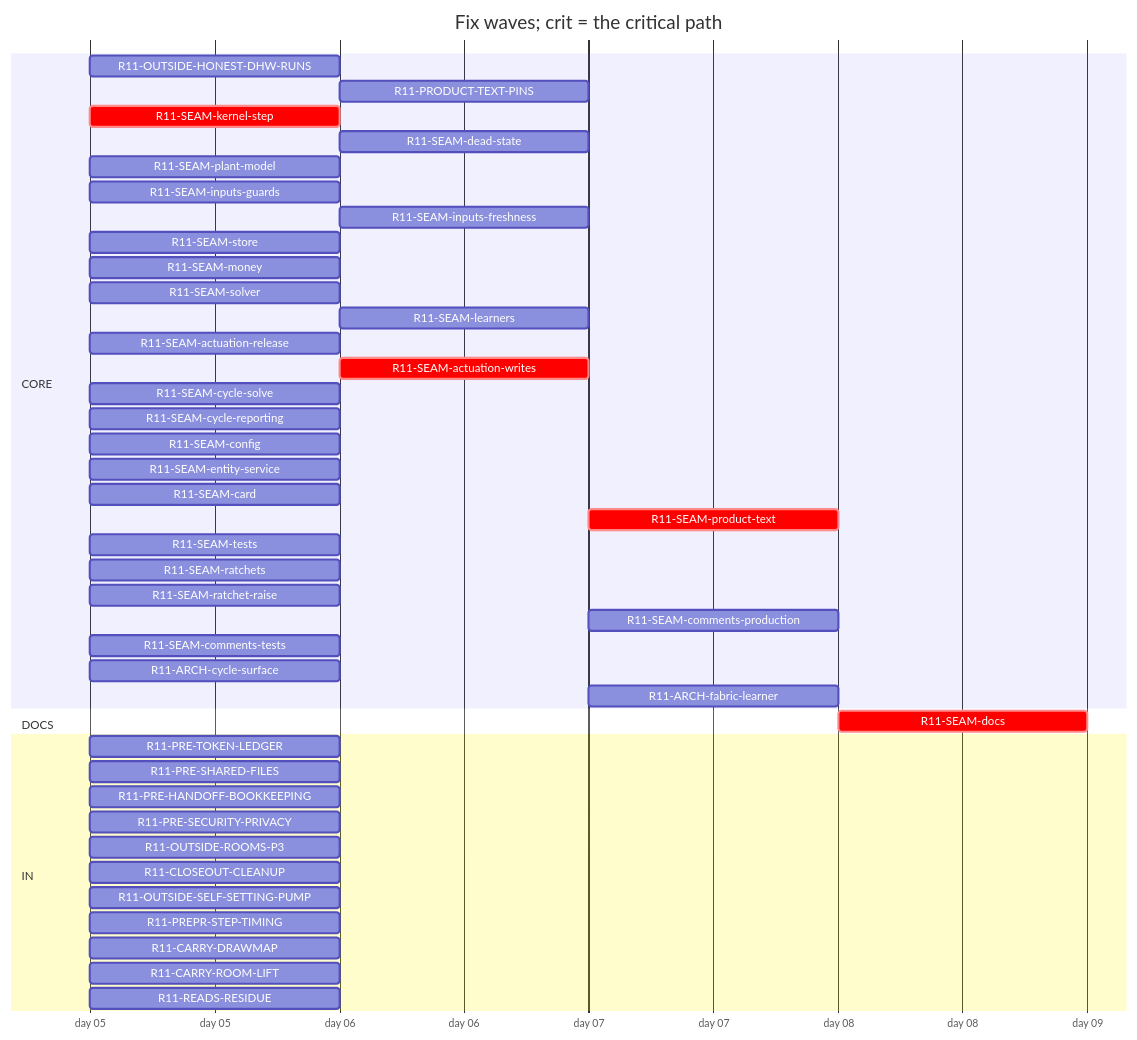
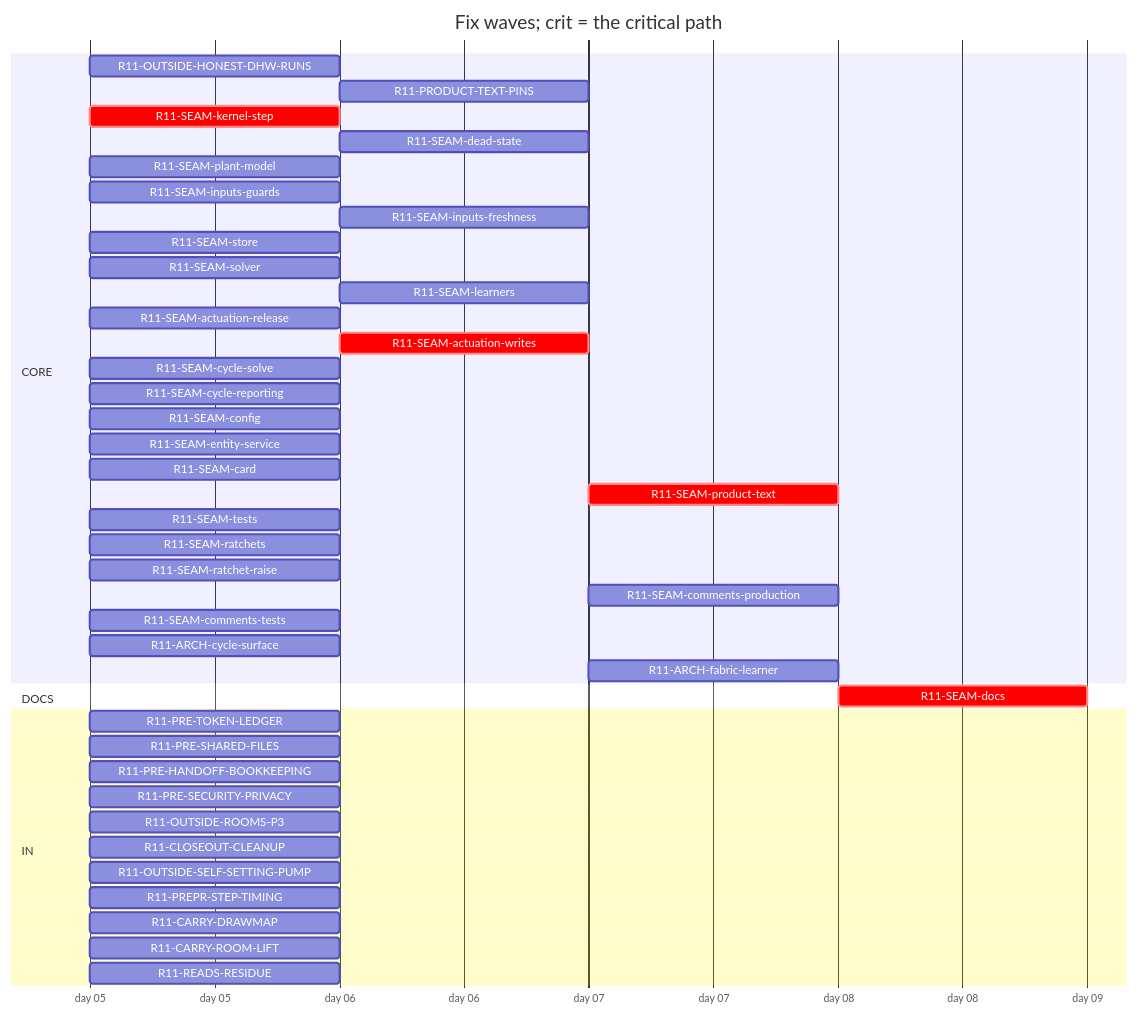
One commit to tvofi/heatpump_optimizer changed the diagram in handoff/round11/state/PLAN-TABLE.md. Above: the diagram before and after it, drawn with Mermaid. The commit also changed other lines of this file and 4 other files, not shown here.

Commit message:
state: FLOW-BOARD.md, NEXT-SESSION-PROMPT.md, PLAN-TABLE.md, PLAN.html, RESUME-CURRENT.md regenerated (state_docs.py)

````diff
--- a/handoff/round11/state/PLAN-TABLE.md
+++ b/handoff/round11/state/PLAN-TABLE.md
@@ -16,47 +16,46 @@
 ```mermaid
 gantt
   title Fix waves; crit = the critical path
   dateFormat YYYY-MM-DD
   axisFormat day %d
   section CORE
     R11-OUTSIDE-HONEST-DHW-RUNS :r11OUTSIDEHONESTDHWRUNS, 2026-01-05, 1d
     R11-PRODUCT-TEXT-PINS :r11PRODUCTTEXTPINS, after r11READSRESIDUE, 1d
     R11-SEAM-kernel-step :crit, r11SEAMkernelstep, 2026-01-05, 1d
     R11-SEAM-dead-state :r11SEAMdeadstate, after r11SEAMstore, 1d
     R11-SEAM-plant-model :r11SEAMplantmodel, 2026-01-05, 1d
     R11-SEAM-inputs-guards :r11SEAMinputsguards, 2026-01-05, 1d
     R11-SEAM-inputs-freshness :r11SEAMinputsfreshness, after r11SEAMkernelstep, 1d
     R11-SEAM-store :r11SEAMstore, 2026-01-05, 1d
-    R11-SEAM-money :r11SEAMmoney, 2026-01-05, 1d
     R11-SEAM-solver :r11SEAMsolver, 2026-01-05, 1d
     R11-SEAM-learners :r11SEAMlearners, after r11SEAMplantmodel, 1d
     R11-SEAM-actuation-release :r11SEAMactuationrelease, 2026-01-05, 1d
     R11-SEAM-actuation-writes :crit, r11SEAMactuationwrites, after r11SEAMkernelstep r11SEAMactuationrelease, 1d
     R11-SEAM-cycle-solve :r11SEAMcyclesolve, 2026-01-05, 1d
     R11-SEAM-cycle-reporting :r11SEAMcyclereporting, 2026-01-05, 1d
     R11-SEAM-config :r11SEAMconfig, 2026-01-05, 1d
     R11-SEAM-entity-service :r11SEAMentityservice, 2026-01-05, 1d
     R11-SEAM-card :r11SEAMcard, 2026-01-05, 1d
-    R11-SEAM-product-text :crit, r11SEAMproducttext, after r11SEAMplantmodel r11SEAMmoney r11SEAMactuationrelease r11SEAMactuationwrites r11SEAMconfig r11SEAMentityservice r11SEAMinputsguards r11SEAMinputsfreshness r11SEAMcyclesolve r11SEAMcyclereporting, 1d
+    R11-SEAM-product-text :crit, r11SEAMproducttext, after r11SEAMplantmodel r11SEAMactuationrelease r11SEAMactuationwrites r11SEAMconfig r11SEAMentityservice r11SEAMinputsguards r11SEAMinputsfreshness r11SEAMcyclesolve r11SEAMcyclereporting, 1d
     R11-SEAM-tests :r11SEAMtests, 2026-01-05, 1d
     R11-SEAM-ratchets :r11SEAMratchets, 2026-01-05, 1d
     R11-SEAM-ratchet-raise :r11SEAMratchetraise, 2026-01-05, 1d
-    R11-SEAM-comments-production :r11SEAMcommentsproduction, after r11SEAMplantmodel r11SEAMmoney r11SEAMactuationrelease r11SEAMactuationwrites r11SEAMconfig r11SEAMentityservice r11SEAMinputsguards r11SEAMinputsfreshness r11SEAMcyclesolve r11SEAMcyclereporting, 1d
+    R11-SEAM-comments-production :r11SEAMcommentsproduction, after r11SEAMplantmodel r11SEAMactuationrelease r11SEAMactuationwrites r11SEAMconfig r11SEAMentityservice r11SEAMinputsguards r11SEAMinputsfreshness r11SEAMcyclesolve r11SEAMcyclereporting, 1d
     R11-SEAM-comments-tests :r11SEAMcommentstests, 2026-01-05, 1d
     R11-ARCH-cycle-surface :r11ARCHcyclesurface, 2026-01-05, 1d
     R11-ARCH-fabric-learner :r11ARCHfabriclearner, after r11SEAMlearners, 1d
   section DOCS
-    R11-SEAM-docs :crit, r11SEAMdocs, after r11SEAMplantmodel r11SEAMmoney r11SEAMlearners r11SEAMactuationrelease r11SEAMactuationwrites r11SEAMconfig r11SEAMentityservice r11SEAMinputsguards r11SEAMinputsfreshness r11SEAMcyclesolve r11SEAMcyclereporting r11SEAMcard r11SEAMproducttext, 1d
+    R11-SEAM-docs :crit, r11SEAMdocs, after r11SEAMplantmodel r11SEAMlearners r11SEAMactuationrelease r11SEAMactuationwrites r11SEAMconfig r11SEAMentityservice r11SEAMinputsguards r11SEAMinputsfreshness r11SEAMcyclesolve r11SEAMcyclereporting r11SEAMcard r11SEAMproducttext, 1d
   section IN
     R11-PRE-TOKEN-LEDGER :r11PRETOKENLEDGER, 2026-01-05, 1d
     R11-PRE-SHARED-FILES :r11PRESHAREDFILES, 2026-01-05, 1d
     R11-PRE-HANDOFF-BOOKKEEPING :r11PREHANDOFFBOOKKEEPING, 2026-01-05, 1d
     R11-PRE-SECURITY-PRIVACY :r11PRESECURITYPRIVACY, 2026-01-05, 1d
     R11-OUTSIDE-ROOMS-P3 :r11OUTSIDEROOMSP3, 2026-01-05, 1d
     R11-CLOSEOUT-CLEANUP :r11CLOSEOUTCLEANUP, 2026-01-05, 1d
     R11-OUTSIDE-SELF-SETTING-PUMP :r11OUTSIDESELFSETTINGPUMP, 2026-01-05, 1d
     R11-PREPR-STEP-TIMING :r11PREPRSTEPTIMING, 2026-01-05, 1d
     R11-CARRY-DRAWMAP :r11CARRYDRAWMAP, 2026-01-05, 1d
     R11-CARRY-ROOM-LIFT :r11CARRYROOMLIFT, 2026-01-05, 1d
     R11-READS-RESIDUE :r11READSRESIDUE, 2026-01-05, 1d
 ```
````
